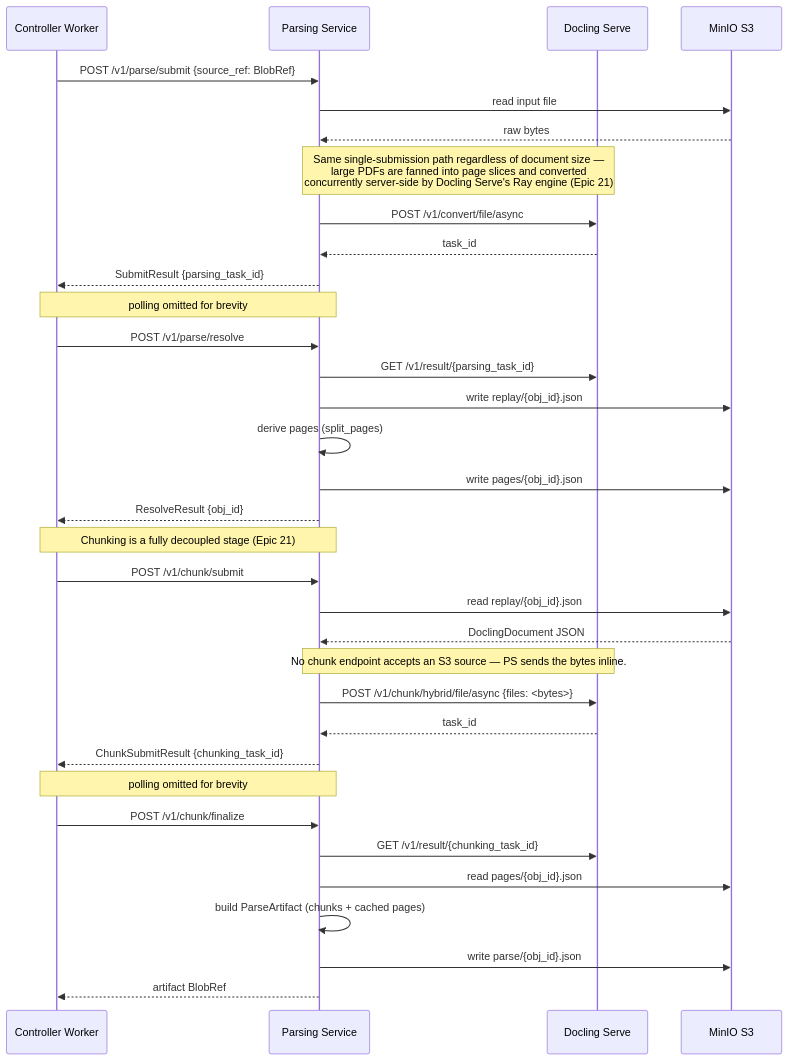
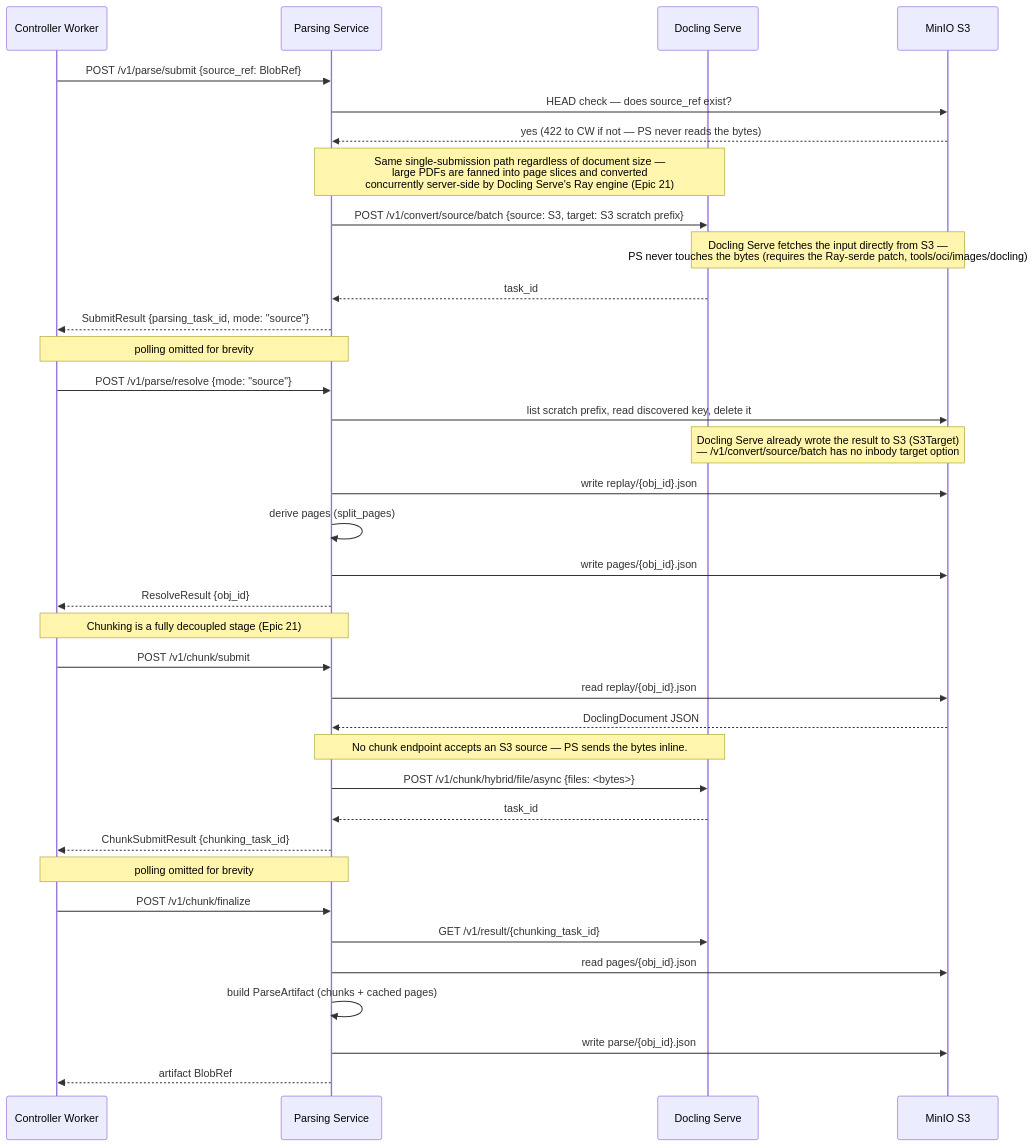
Before and after one commit to k-sparrow/artemis: the third of 4 diagrams in docs/architecture/ingestion-subsystem.md, drawn with Mermaid. The commit also changed 14 other files, not shown here.

First line of the commit message:
[src/backend/parsing] revive S3-direct dispatch for parse submission

````diff
--- a/docs/architecture/ingestion-subsystem.md
+++ b/docs/architecture/ingestion-subsystem.md
@@ -158,43 +158,45 @@
 ```mermaid
 sequenceDiagram
     participant CW as Controller Worker
     participant PS as Parsing Service
     participant Docling as Docling Serve
     participant S3 as MinIO S3
 
     CW->>PS: POST /v1/parse/submit {source_ref: BlobRef}
-    PS->>S3: read input file
-    S3-->>PS: raw bytes
+    PS->>S3: HEAD check — does source_ref exist?
+    S3-->>PS: yes (422 to CW if not — PS never reads the bytes)
     note over PS,Docling: Same single-submission path regardless of document size —<br/>large PDFs are fanned into page slices and converted<br/>concurrently server-side by Docling Serve's Ray engine (Epic 21)
-    PS->>Docling: POST /v1/convert/file/async
+    PS->>Docling: POST /v1/convert/source/batch {source: S3, target: S3 scratch prefix}
+    note over Docling,S3: Docling Serve fetches the input directly from S3 —<br/>PS never touches the bytes (requires the Ray-serde patch, tools/oci/images/docling)
     Docling-->>PS: task_id
-    PS-->>CW: SubmitResult {parsing_task_id}
+    PS-->>CW: SubmitResult {parsing_task_id, mode: "source"}
 
     note over CW,PS: polling omitted for brevity
 
-    CW->>PS: POST /v1/parse/resolve
-    PS->>Docling: GET /v1/result/{parsing_task_id}
+    CW->>PS: POST /v1/parse/resolve {mode: "source"}
+    PS->>S3: list scratch prefix, read discovered key, delete it
+    note over Docling,S3: Docling Serve already wrote the result to S3 (S3Target)<br/>— /v1/convert/source/batch has no inbody target option
     PS->>S3: write replay/{obj_id}.json
     PS->>PS: derive pages (split_pages)
     PS->>S3: write pages/{obj_id}.json
     PS-->>CW: ResolveResult {obj_id}
 
     note over CW,PS: Chunking is a fully decoupled stage (Epic 21)
 
     CW->>PS: POST /v1/chunk/submit
     PS->>S3: read replay/{obj_id}.json
     S3-->>PS: DoclingDocument JSON
     note over PS,Docling: No chunk endpoint accepts an S3 source — PS sends the bytes inline.
     PS->>Docling: POST /v1/chunk/hybrid/file/async {files: <bytes>}
     Docling-->>PS: task_id
     PS-->>CW: ChunkSubmitResult {chunking_task_id}
 
     note over CW,PS: polling omitted for brevity
 
     CW->>PS: POST /v1/chunk/finalize
     PS->>Docling: GET /v1/result/{chunking_task_id}
     PS->>S3: read pages/{obj_id}.json
     PS->>PS: build ParseArtifact (chunks + cached pages)
     PS->>S3: write parse/{obj_id}.json
     PS-->>CW: artifact BlobRef
 ```
````
